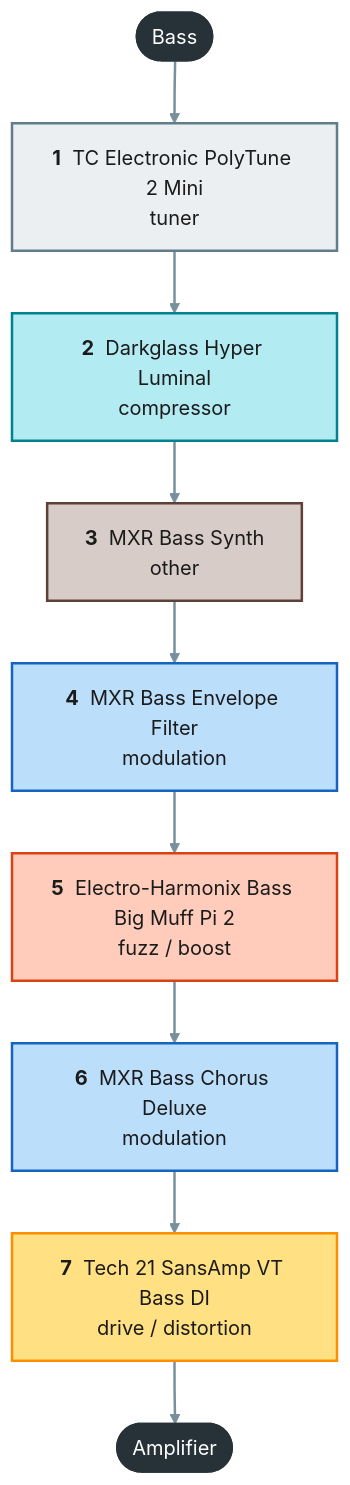
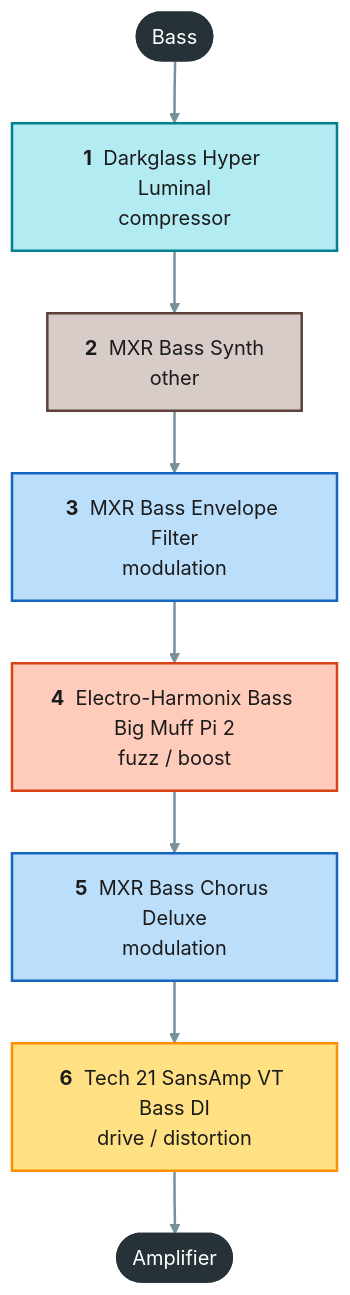
The first of 2 diagrams in projects/bass/README.md (pedroacvieira/pedalboard), drawn with Mermaid before and after one commit. The commit also changed other lines of this file and 9 other files, not shown here.

Commit message:
bass: no tuner (owner), VT Bass DI and Big Muff alone on OUT1 / OUT2; Envelope Filter footswitch; CLAUDE.md: composed-board details, bass board

````diff
--- a/projects/bass/README.md
+++ b/projects/bass/README.md
@@ -20,21 +18,19 @@
 ```mermaid
 flowchart TB
     guitar(["Bass"]):::endpoint
-    polytune_2_mini["<b>1</b> &nbsp;TC Electronic PolyTune 2 Mini<br/>tuner"]:::c_tuner
-    darkglass_hyper_luminal["<b>2</b> &nbsp;Darkglass Hyper Luminal<br/>compressor"]:::c_compressor
-    mxr_bass_synth["<b>3</b> &nbsp;MXR Bass Synth<br/>other"]:::c_other
-    mxr_bass_envelope_filter["<b>4</b> &nbsp;MXR Bass Envelope Filter<br/>modulation"]:::c_modulation
-    ehx_bass_big_muff_2["<b>5</b> &nbsp;Electro-Harmonix Bass Big Muff Pi 2<br/>fuzz / boost"]:::c_fuzz___boost
-    mxr_bass_chorus_deluxe["<b>6</b> &nbsp;MXR Bass Chorus Deluxe<br/>modulation"]:::c_modulation
-    tech21_vt_bass_di["<b>7</b> &nbsp;Tech 21 SansAmp VT Bass DI<br/>drive / distortion"]:::c_drive___distortion
+    darkglass_hyper_luminal["<b>1</b> &nbsp;Darkglass Hyper Luminal<br/>compressor"]:::c_compressor
+    mxr_bass_synth["<b>2</b> &nbsp;MXR Bass Synth<br/>other"]:::c_other
+    mxr_bass_envelope_filter["<b>3</b> &nbsp;MXR Bass Envelope Filter<br/>modulation"]:::c_modulation
+    ehx_bass_big_muff_2["<b>4</b> &nbsp;Electro-Harmonix Bass Big Muff Pi 2<br/>fuzz / boost"]:::c_fuzz___boost
+    mxr_bass_chorus_deluxe["<b>5</b> &nbsp;MXR Bass Chorus Deluxe<br/>modulation"]:::c_modulation
+    tech21_vt_bass_di["<b>6</b> &nbsp;Tech 21 SansAmp VT Bass DI<br/>drive / distortion"]:::c_drive___distortion
     amp(["Amplifier"]):::endpoint
-    guitar --> polytune_2_mini --> darkglass_hyper_luminal --> mxr_bass_synth --> mxr_bass_envelope_filter --> ehx_bass_big_muff_2 --> mxr_bass_chorus_deluxe --> tech21_vt_bass_di --> amp
+    guitar --> darkglass_hyper_luminal --> mxr_bass_synth --> mxr_bass_envelope_filter --> ehx_bass_big_muff_2 --> mxr_bass_chorus_deluxe --> tech21_vt_bass_di --> amp
     classDef endpoint fill:#263238,stroke:#263238,color:#ffffff
-    classDef c_tuner fill:#eceff1,stroke:#607d8b,stroke-width:2px,color:#1b1b1b
     classDef c_compressor fill:#b2ebf2,stroke:#00838f,stroke-width:2px,color:#1b1b1b
     classDef c_fuzz___boost fill:#ffccbc,stroke:#d84315,stroke-width:2px,color:#1b1b1b
     classDef c_drive___distortion fill:#ffe082,stroke:#ff8f00,stroke-width:2px,color:#1b1b1b
     classDef c_modulation fill:#bbdefb,stroke:#1565c0,stroke-width:2px,color:#1b1b1b
     classDef c_other fill:#d7ccc8,stroke:#5d4037,stroke-width:2px,color:#1b1b1b
     linkStyle default stroke:#78909c,stroke-width:2px
 ```
````
